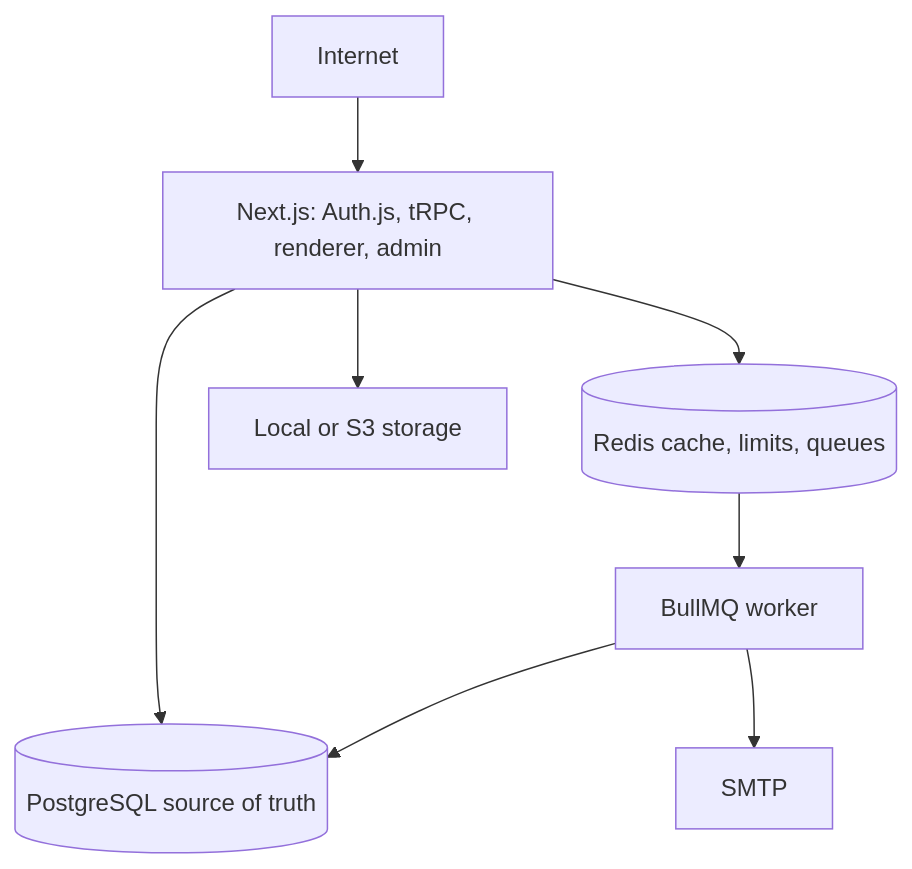
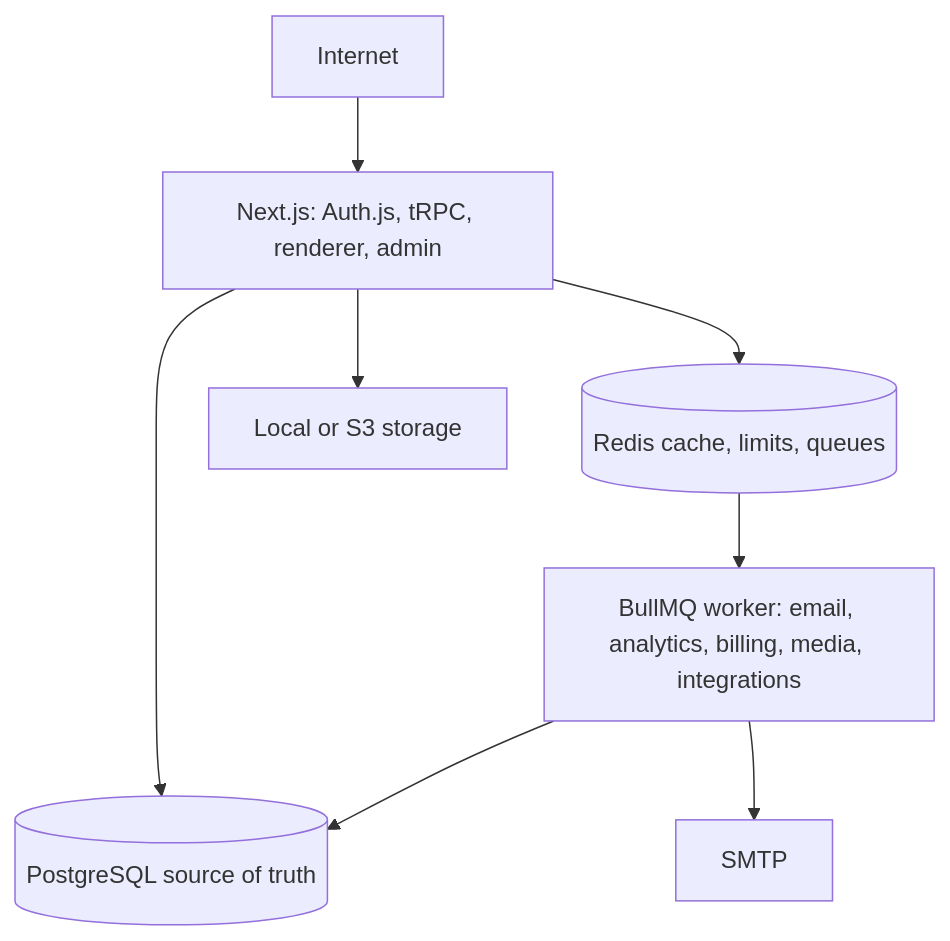
The diagram in docs/architecture/overview.md (MRsuffixx/OlnkTRv2), drawn with Mermaid before and after one commit. The commit also changed other lines of this file and 92 other files, not shown here.

````diff
--- a/docs/architecture/overview.md
+++ b/docs/architecture/overview.md
@@ -3,10 +3,10 @@
 ```mermaid
 flowchart TD
   I[Internet] --> N[Next.js: Auth.js, tRPC, renderer, admin]
   N --> P[(PostgreSQL source of truth)]
   N --> R[(Redis cache, limits, queues)]
   N --> S[Local or S3 storage]
-  R --> W[BullMQ worker]
+  R --> W[BullMQ worker: email, analytics, billing, media, integrations]
   W --> P
   W --> M[SMTP]
 ```
````
